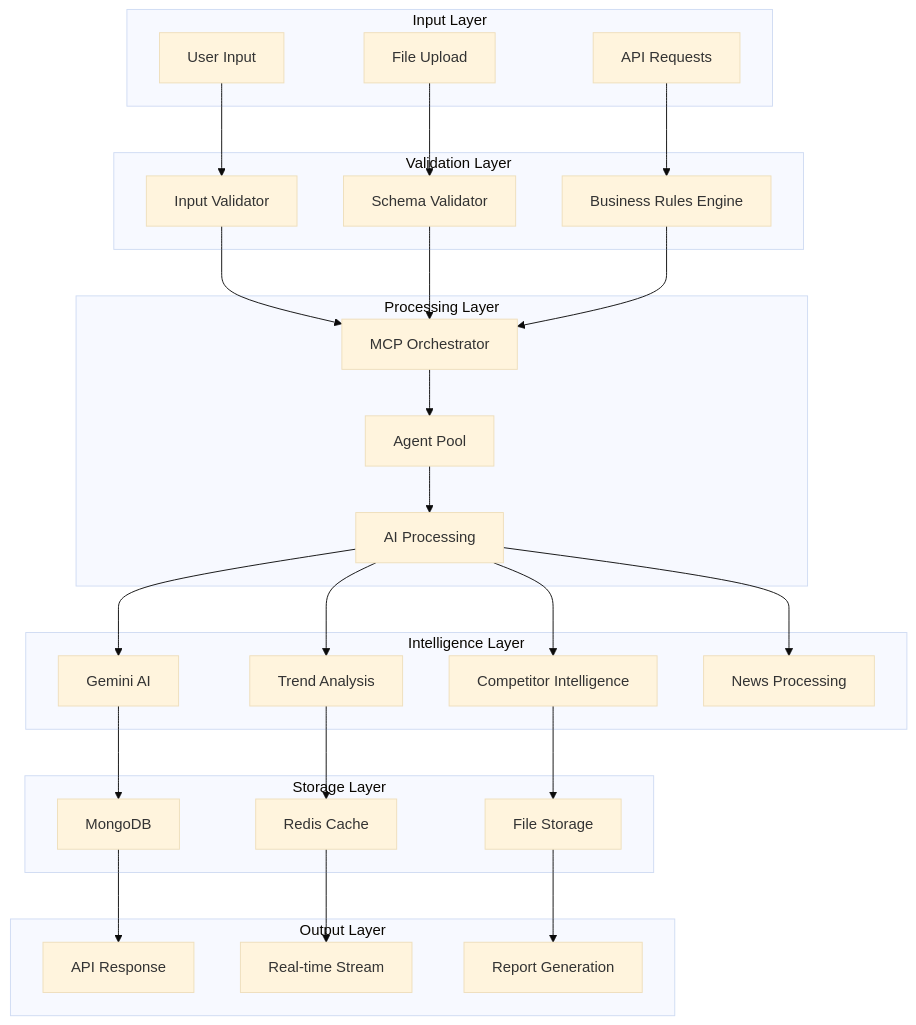
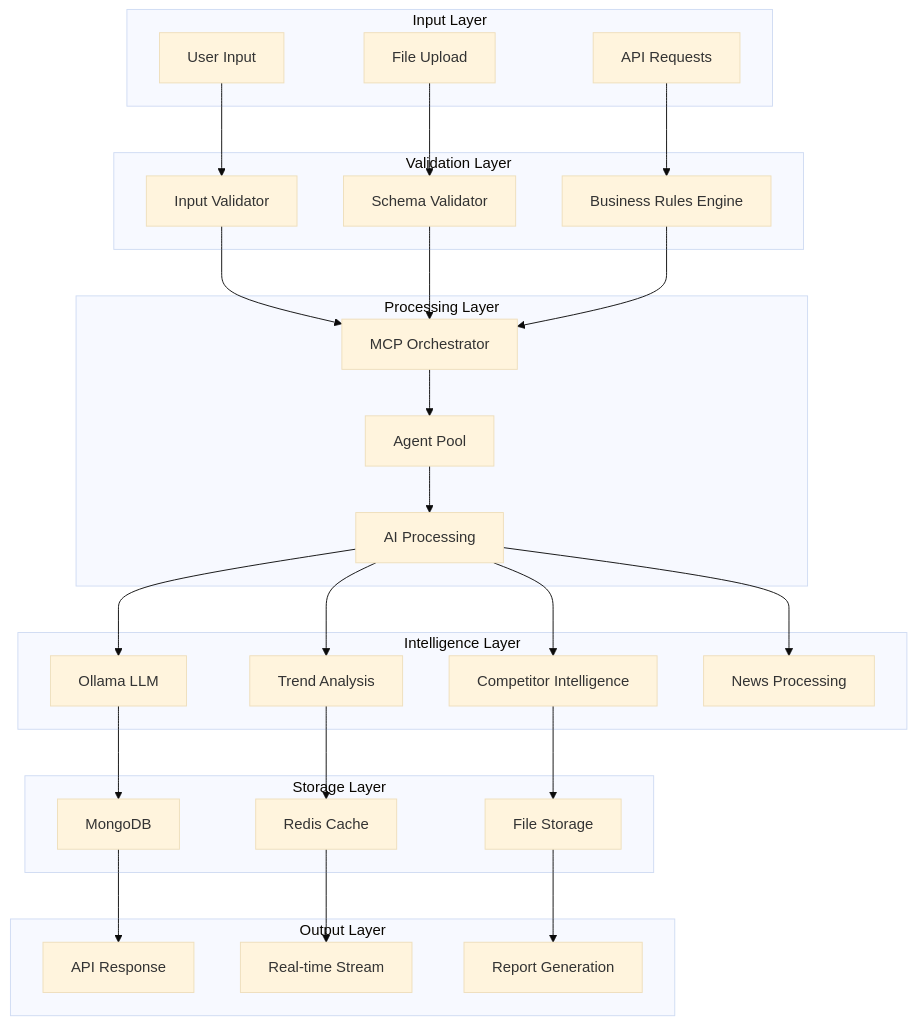
The ninth of 15 diagrams in DOCUMENTATION.md (ChamsFares/Opportunity_Detetion_AI_platform), drawn with Mermaid (base theme) before and after one commit. The commit also changed other lines of this file and 2 other files, not shown here.

````diff
--- a/DOCUMENTATION.md
+++ b/DOCUMENTATION.md
@@ -589,63 +589,63 @@
 ```mermaid
 graph TD
     subgraph "Input Layer"
         USER_INPUT[User Input]
         FILE_UPLOAD[File Upload]
         API_INPUT[API Requests]
     end
     
     subgraph "Validation Layer"
         INPUT_VALIDATOR[Input Validator]
         SCHEMA_VALIDATOR[Schema Validator]
         BUSINESS_RULES[Business Rules Engine]
     end
     
     subgraph "Processing Layer"
         MCP_ORCHESTRATOR[MCP Orchestrator]
         AGENT_POOL[Agent Pool]
         AI_PROCESSING[AI Processing]
     end
     
     subgraph "Intelligence Layer"
-        GEMINI_AI[Gemini AI]
+        OLLAMA_AI[Ollama LLM]
         TREND_ANALYSIS[Trend Analysis]
         COMPETITOR_INTEL[Competitor Intelligence]
         NEWS_PROCESSING[News Processing]
     end
     
     subgraph "Storage Layer"
         MONGODB[MongoDB]
         REDIS_CACHE[Redis Cache]
         FILE_STORAGE[File Storage]
     end
     
     subgraph "Output Layer"
         API_RESPONSE[API Response]
         REAL_TIME_STREAM[Real-time Stream]
         REPORT_GENERATION[Report Generation]
     end
     
     USER_INPUT --> INPUT_VALIDATOR
     FILE_UPLOAD --> SCHEMA_VALIDATOR
     API_INPUT --> BUSINESS_RULES
     
     INPUT_VALIDATOR --> MCP_ORCHESTRATOR
     SCHEMA_VALIDATOR --> MCP_ORCHESTRATOR
     BUSINESS_RULES --> MCP_ORCHESTRATOR
     
     MCP_ORCHESTRATOR --> AGENT_POOL
     AGENT_POOL --> AI_PROCESSING
     
-    AI_PROCESSING --> GEMINI_AI
+    AI_PROCESSING --> OLLAMA_AI
     AI_PROCESSING --> TREND_ANALYSIS
     AI_PROCESSING --> COMPETITOR_INTEL
     AI_PROCESSING --> NEWS_PROCESSING
     
-    GEMINI_AI --> MONGODB
+    OLLAMA_AI --> MONGODB
     TREND_ANALYSIS --> REDIS_CACHE
     COMPETITOR_INTEL --> FILE_STORAGE
     
     MONGODB --> API_RESPONSE
     REDIS_CACHE --> REAL_TIME_STREAM
     FILE_STORAGE --> REPORT_GENERATION
 ```
````
